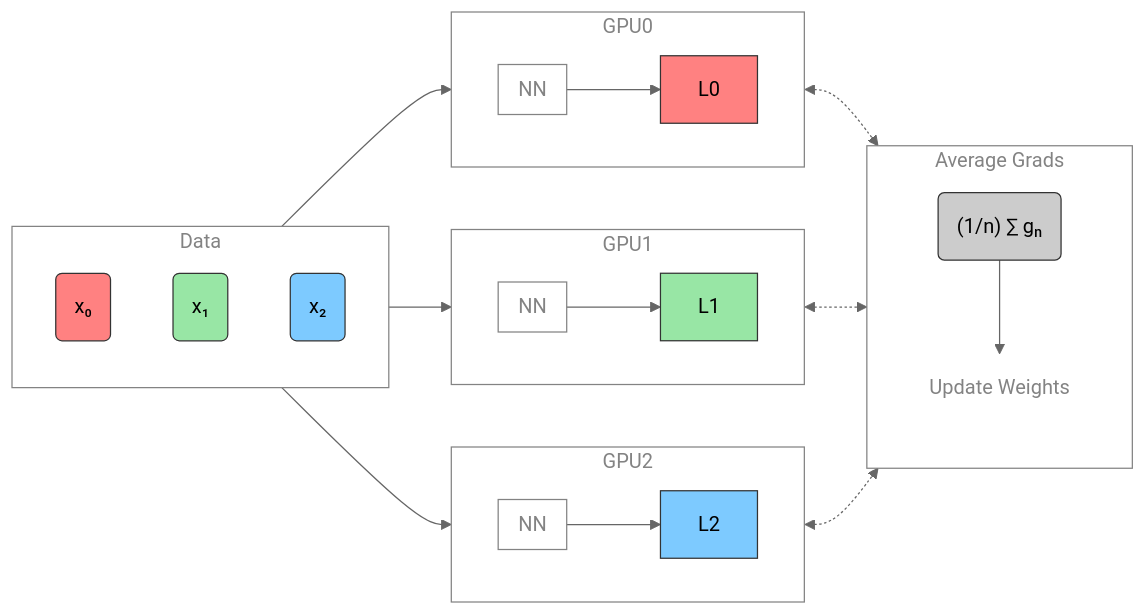
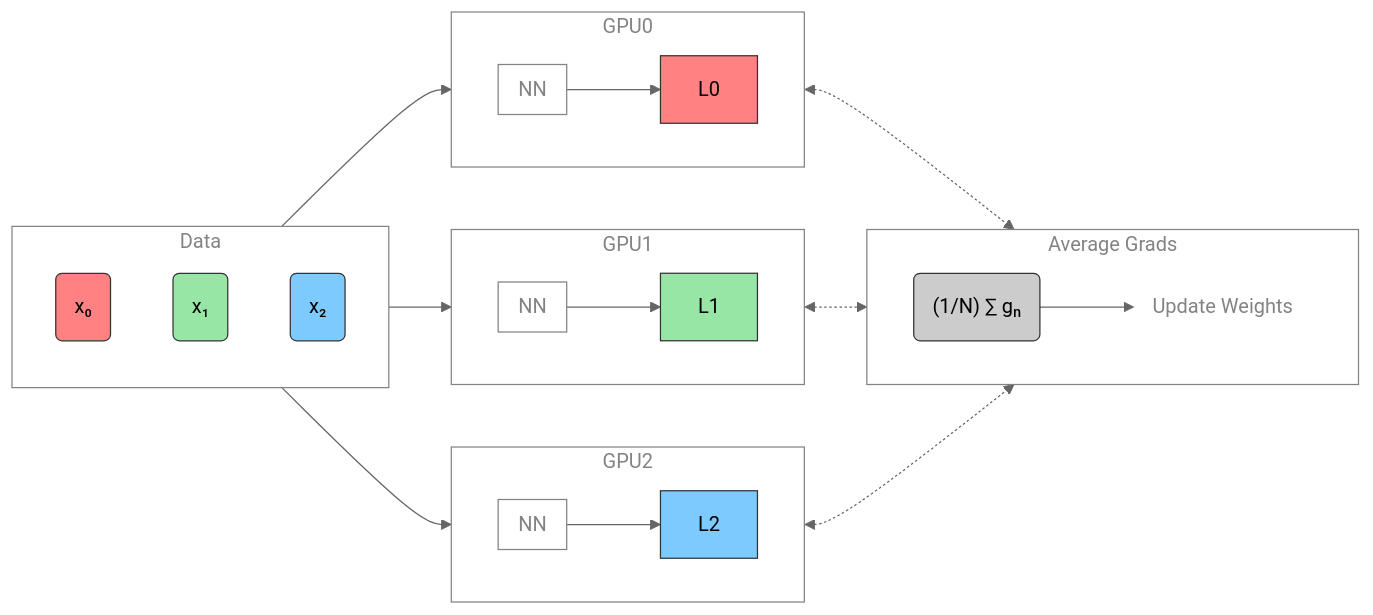
The fifth of 13 diagrams in docs/talks/ai-for-science-2024/ai-for-science-2024.md (saforem2/personal_site), drawn with Mermaid (neutral theme) before and after one commit. The commit also changed other lines of this file and 101 other files, not shown here.

````diff
--- a/docs/talks/ai-for-science-2024/ai-for-science-2024.md
+++ b/docs/talks/ai-for-science-2024/ai-for-science-2024.md
@@ -340,59 +341,59 @@
 ``` mermaid
 flowchart LR
     subgraph D["`Data`"]
         direction TB
         x("`x₀`")
         x1("`x₁`")
         x2("`x₂`")
     end
     direction LR
     subgraph G0["`GPU0`"]
         direction LR
         subgraph N0["`NN`"]
         end
         L0["`L0`"]
     end
     subgraph G1["`GPU1`"]
         direction LR
         subgraph N1["`NN`"]
         end
         L1["`L1`"]
     end
     subgraph G2["`GPU2`"]
         direction LR
         subgraph N2["`NN`"]
         end
         L2["`L2`"]
     end
     subgraph AR["`Average Grads`"]
-        direction TB
-        ar("`(1/n) ∑ gₙ`")
+        direction LR
+        ar("`(1/N) ∑ gₙ`")
         bc("`Update Weights`")
         ar --> bc
     end
     x --> G0
     x1 --> G1
     x2 --> G2
     N0 --> L0
     N1 --> L1
     N2 --> L2
     G0 <-.-> AR
     G1 <-.-> AR
     G2 <-.-> AR
 classDef block fill:#CCCCCC02,stroke:#838383,stroke-width:1px,color:#838383
 classDef grey fill:#cccccc,stroke:#333,stroke-width:1px,color:#000
 classDef red fill:#ff8181,stroke:#333,stroke-width:1px,color:#000
 classDef orange fill:#FFC47F,stroke:#333,stroke-width:1px,color:#000
 classDef yellow fill:#FFFF7F,stroke:#333,stroke-width:1px,color:#000
 classDef green fill:#98E6A5,stroke:#333,stroke-width:1px,color:#000
 classDef blue fill:#7DCAFF,stroke:#333,stroke-width:1px,color:#000
 classDef purple fill:#FFCBE6,stroke:#333,stroke-width:1px,color:#000
 classDef text fill:#CCCCCC02,stroke:#838383,stroke-width:0px,color:#838383
 class x,y0,L0 red
 class x1,L1 green
 class x2,L2 blue
 class x3,ar grey
 class D,N0,N1,N2,G0,G1,G2,GU block
 class AR block
 class bc text
 ```
````
